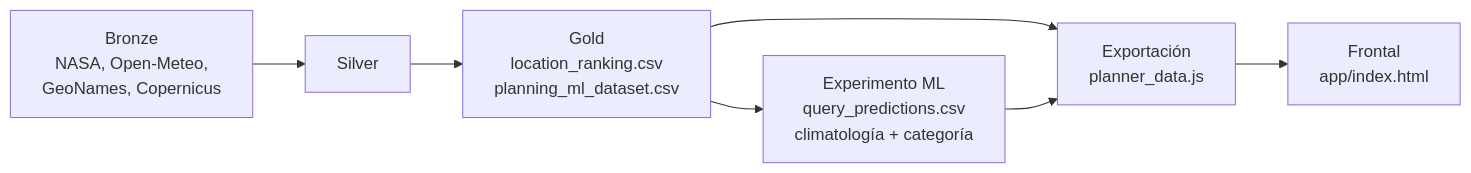
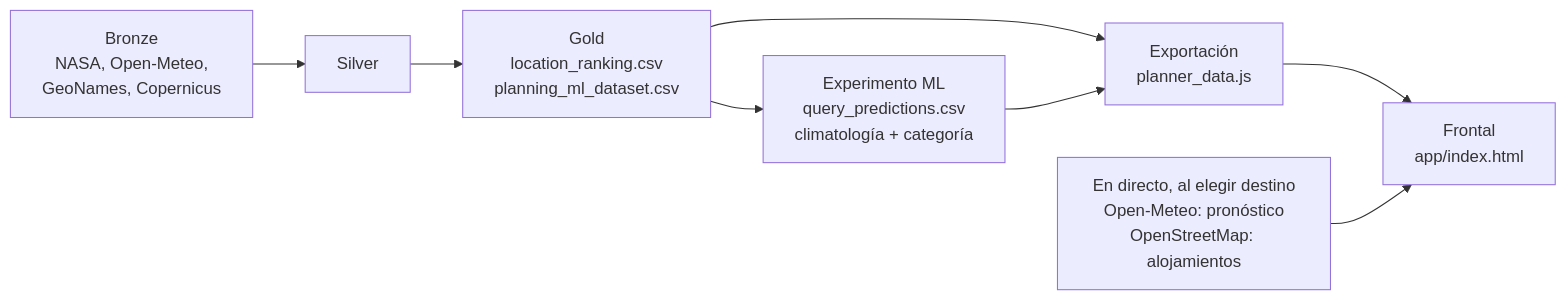
The second of 2 diagrams in docs/entregas/04_diseno_frontal_ux.md (alvaromedinaro-png/Proyecto_TFM), drawn with Mermaid before and after one commit. The commit also changed other lines of this file and 8 other files, not shown here.

Commit message:
Panel del destino: pronóstico y alojamientos en directo con enlaces a Google Maps y Booking

````diff
--- a/docs/entregas/04_diseno_frontal_ux.md
+++ b/docs/entregas/04_diseno_frontal_ux.md
@@ -170,8 +194,9 @@
 ```mermaid
 flowchart LR
     B[Bronze<br/>NASA, Open-Meteo,<br/>GeoNames, Copernicus] --> S[Silver] --> G[Gold<br/>location_ranking.csv<br/>planning_ml_dataset.csv]
     G --> M[Experimento ML<br/>query_predictions.csv<br/>climatología + categoría]
     G --> X[Exportación<br/>planner_data.js]
     M --> X
     X --> F[Frontal<br/>app/index.html]
+    L[En directo, al elegir destino<br/>Open-Meteo: pronóstico<br/>OpenStreetMap: alojamientos] --> F
 ```
````
